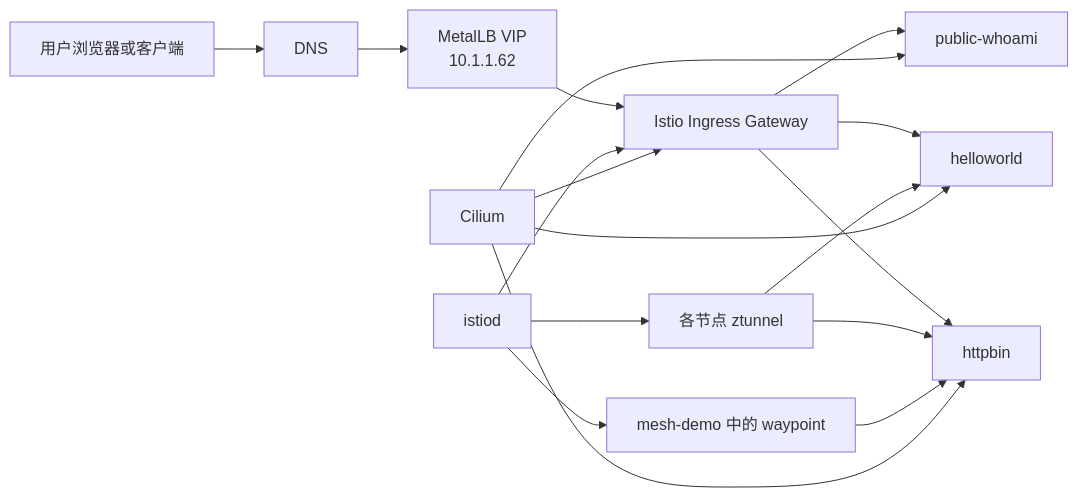
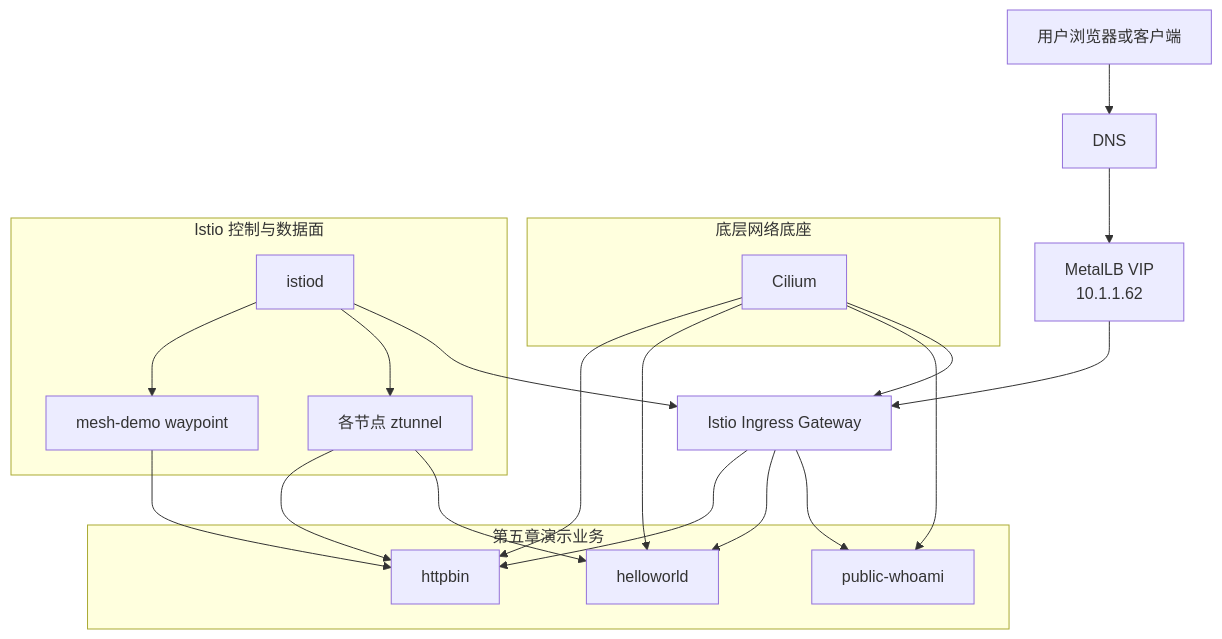
One commit to hwang-protocol/docker_k8s_2026 changed the diagram in k8s/05-security-and-zero-trust/docs/01_chapter_guide.md. Above: the diagram before and after it, drawn with Mermaid. The commit also changed other lines of this file, not shown here.

````diff
--- a/k8s/05-security-and-zero-trust/docs/01_chapter_guide.md
+++ b/k8s/05-security-and-zero-trust/docs/01_chapter_guide.md
@@ -76,23 +68,39 @@
 ```mermaid
-flowchart LR
+flowchart TD
     user[用户浏览器或客户端] --> dns[DNS]
     dns --> vip[MetalLB VIP<br/>10.1.1.62]
     vip --> ingress[Istio Ingress Gateway]
 
-    ingress --> publicSvc[public-whoami]
-    ingress --> helloSvc[helloworld]
-    ingress --> httpbinSvc[httpbin]
+    subgraph base[底层网络底座]
+        cilium[Cilium]
+    end
 
-    istiod[istiod] --> ingress
-    istiod --> ztunnel[各节点 ztunnel]
-    istiod --> waypoint[mesh-demo 中的 waypoint]
+    subgraph mesh[Istio 控制与数据面]
+        istiod[istiod]
+        ztunnel[各节点 ztunnel]
+        waypoint[mesh-demo waypoint]
+    end
+
+    subgraph apps[第五章演示业务]
+        publicSvc[public-whoami]
+        helloSvc[helloworld]
+        httpbinSvc[httpbin]
+    end
+
+    ingress --> publicSvc
+    ingress --> helloSvc
+    ingress --> httpbinSvc
+
+    istiod --> ingress
+    istiod --> ztunnel
+    istiod --> waypoint
 
     ztunnel --> helloSvc
     ztunnel --> httpbinSvc
     waypoint --> httpbinSvc
 
-    cilium[Cilium] --> ingress
+    cilium --> ingress
     cilium --> publicSvc
     cilium --> helloSvc
     cilium --> httpbinSvc
 ```
````
